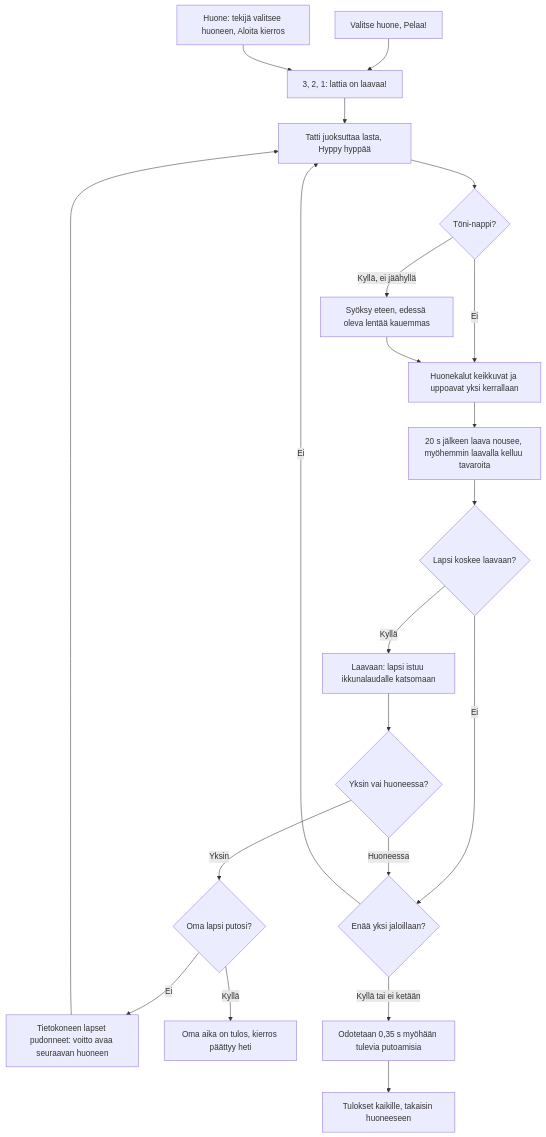
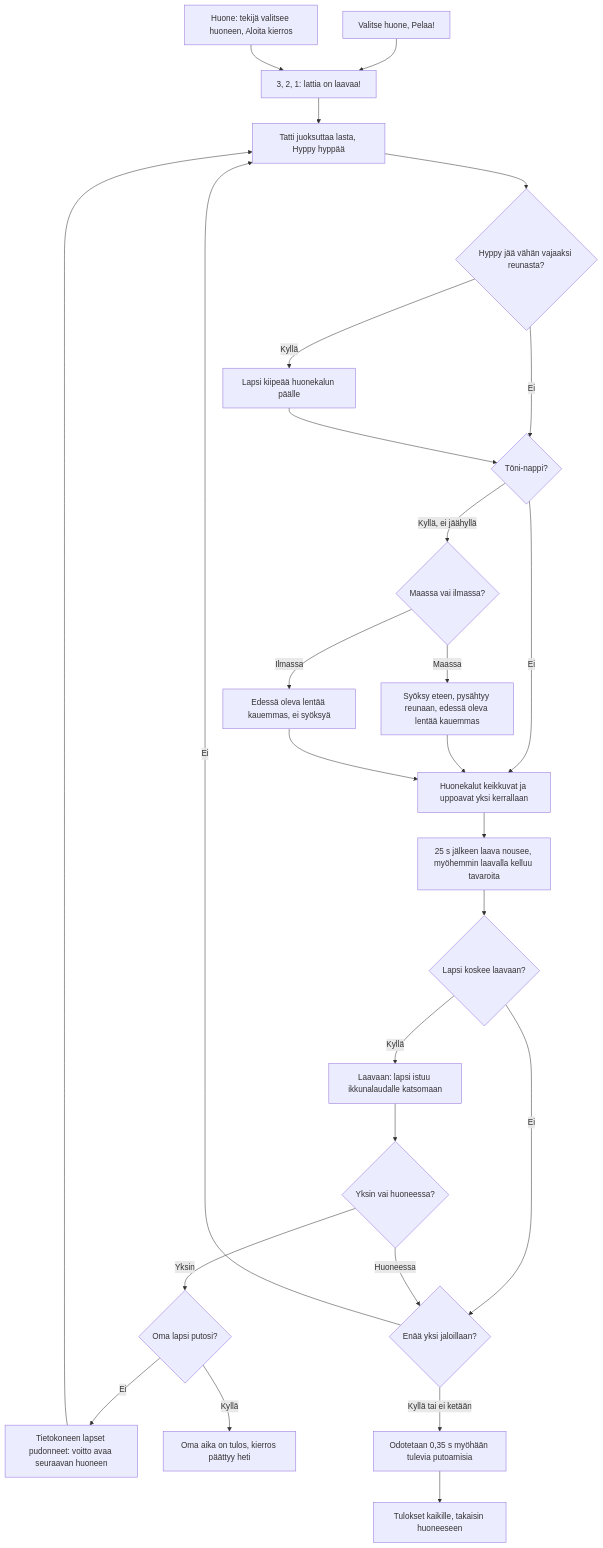
One commit to eerovil/ai-pelit changed the diagram in docs/diagrams/lattia-on-laavaa.md. Above: the diagram before and after it, drawn with Mermaid. The commit also changed other lines of this file and 9 other files, not shown here.

````diff
--- a/docs/diagrams/lattia-on-laavaa.md
+++ b/docs/diagrams/lattia-on-laavaa.md
@@ -9,29 +9,35 @@
 ```mermaid
 flowchart TD
   A[Valitse huone, Pelaa!] --> B[3, 2, 1: lattia on laavaa!]
   R[Huone: tekijä valitsee huoneen, Aloita kierros] --> B
   B --> C[Tatti juoksuttaa lasta, Hyppy hyppää]
-  C --> D{Töni-nappi?}
-  D -- Kyllä, ei jäähyllä --> E[Syöksy eteen, edessä oleva lentää kauemmas]
+  C --> V{Hyppy jää vähän vajaaksi reunasta?}
+  V -- Kyllä --> W[Lapsi kiipeää huonekalun päälle]
+  V -- Ei --> D
+  W --> D{Töni-nappi?}
+  D -- Kyllä, ei jäähyllä --> X{Maassa vai ilmassa?}
+  X -- Maassa --> E[Syöksy eteen, pysähtyy reunaan, edessä oleva lentää kauemmas]
+  X -- Ilmassa --> Y[Edessä oleva lentää kauemmas, ei syöksyä]
   D -- Ei --> F
   E --> F[Huonekalut keikkuvat ja uppoavat yksi kerrallaan]
-  F --> G[20 s jälkeen laava nousee, myöhemmin laavalla kelluu tavaroita]
+  Y --> F
+  F --> G[25 s jälkeen laava nousee, myöhemmin laavalla kelluu tavaroita]
   G --> H{Lapsi koskee laavaan?}
   H -- Ei --> K
   H -- Kyllä --> I[Laavaan: lapsi istuu ikkunalaudalle katsomaan]
   I --> M{Yksin vai huoneessa?}
   M -- Yksin --> S{Oma lapsi putosi?}
   S -- Ei --> N[Tietokoneen lapset pudonneet: voitto avaa seuraavan huoneen]
   N --> C
   S -- Kyllä --> O[Oma aika on tulos, kierros päättyy heti]
   M -- Huoneessa --> K{Enää yksi jaloillaan?}
   K -- Ei --> C
   K -- Kyllä tai ei ketään --> L[Odotetaan 0,35 s myöhään tulevia putoamisia]
   L --> Q[Tulokset kaikille, takaisin huoneeseen]
-  class A,B,C blue
-  class D,H,K,M,S amber
-  class E teal
+  class A,B,C,W blue
+  class D,H,K,M,S,V,X amber
+  class E,Y teal
   class F,G,I rose
   class R,Q,L violet
   class N,O green
 ```
````
